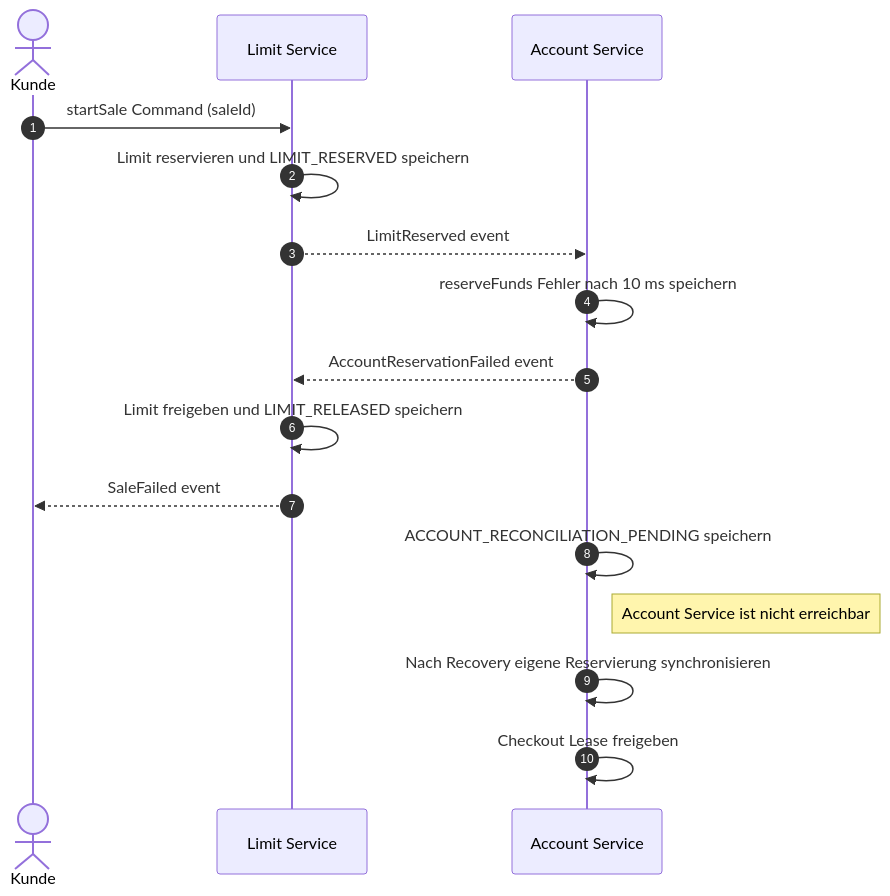
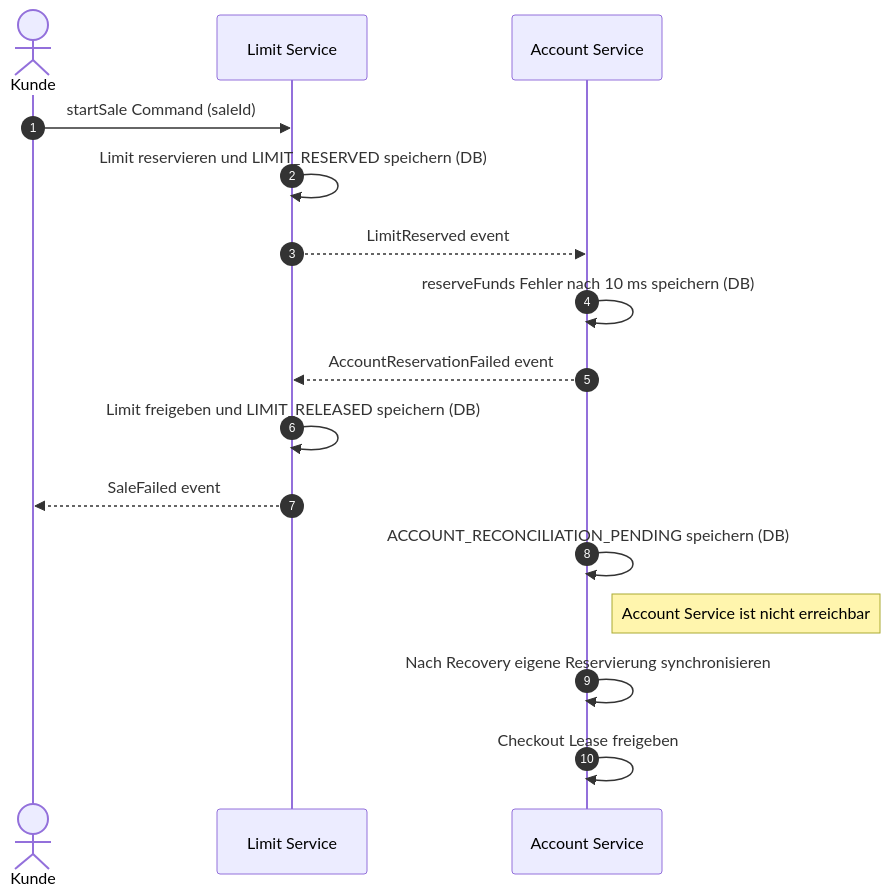
One commit to Adrian-Hansen-dev/second-hand-ticket-app changed diagram 18 of 29 in project-2/abgabe_projekt_2.md. Above: the diagram before and after it, drawn with Mermaid. The commit also changed other lines of this file, not shown here.

First line of the commit message:
Projekt 2: Persistenz und Recovery ergänzt

````diff
--- a/project-2/abgabe_projekt_2.md
+++ b/project-2/abgabe_projekt_2.md
@@ -588,19 +611,19 @@
 ```mermaid
 sequenceDiagram
     autonumber
     actor Kunde
     participant LS as Limit Service
     participant AS as Account Service
 
     Kunde->>LS: startSale Command (saleId)
-    LS->>LS: Limit reservieren und LIMIT_RESERVED speichern
+    LS->>LS: Limit reservieren und LIMIT_RESERVED speichern (DB)
     LS-->>AS: LimitReserved event
-    AS->>AS: reserveFunds Fehler nach 10 ms speichern
+    AS->>AS: reserveFunds Fehler nach 10 ms speichern (DB)
     AS-->>LS: AccountReservationFailed event
-    LS->>LS: Limit freigeben und LIMIT_RELEASED speichern
+    LS->>LS: Limit freigeben und LIMIT_RELEASED speichern (DB)
     LS-->>Kunde: SaleFailed event
-    AS->>AS: ACCOUNT_RECONCILIATION_PENDING speichern
+    AS->>AS: ACCOUNT_RECONCILIATION_PENDING speichern (DB)
     Note right of AS: Account Service ist nicht erreichbar
     AS->>AS: Nach Recovery eigene Reservierung synchronisieren
     AS->>AS: Checkout Lease freigeben
 ```
````
